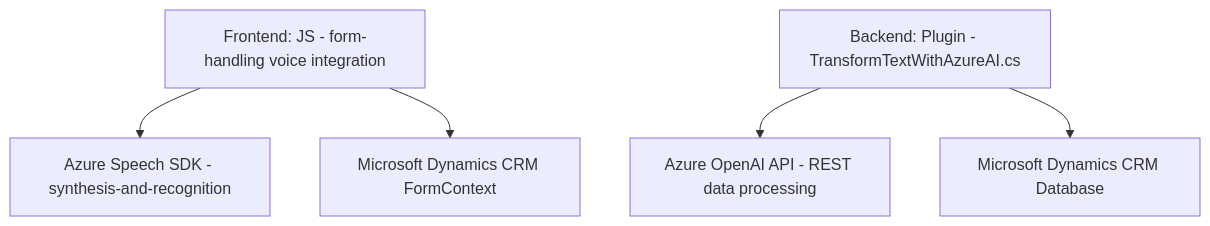
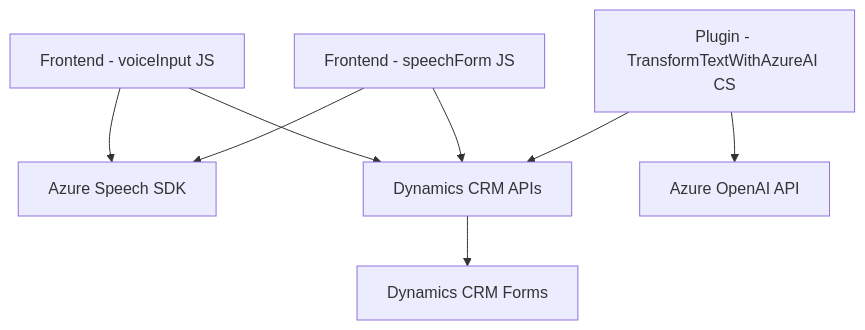
Before and after one commit to blopezdm/NETCORE_BILBAO2025: the diagram in README.md, drawn with Mermaid. The commit also changed other lines of this file, not shown here.

````diff
--- a/README.md
+++ b/README.md
@@ -31,7 +34,18 @@
 ```mermaid
 graph TD
-    A["Frontend: JS - form-handling voice integration"] --> B["Azure Speech SDK - synthesis-and-recognition"]
-    A --> C["Microsoft Dynamics CRM FormContext"]
-    D["Backend: Plugin - TransformTextWithAzureAI.cs"] --> E["Azure OpenAI API - REST data processing"]
-    D --> F["Microsoft Dynamics CRM Database"]
+    A["Frontend - voiceInput JS"]
+    B["Frontend - speechForm JS"]
+    C["Plugin - TransformTextWithAzureAI CS"]
+    D["Azure Speech SDK"]
+    E["Dynamics CRM APIs"]
+    F["Azure OpenAI API"]
+    G["Dynamics CRM Forms"]
+
+    A --> D
+    B --> D
+    A --> E
+    B --> E
+    C --> F
+    C --> E
+    E --> G
 ```
````
